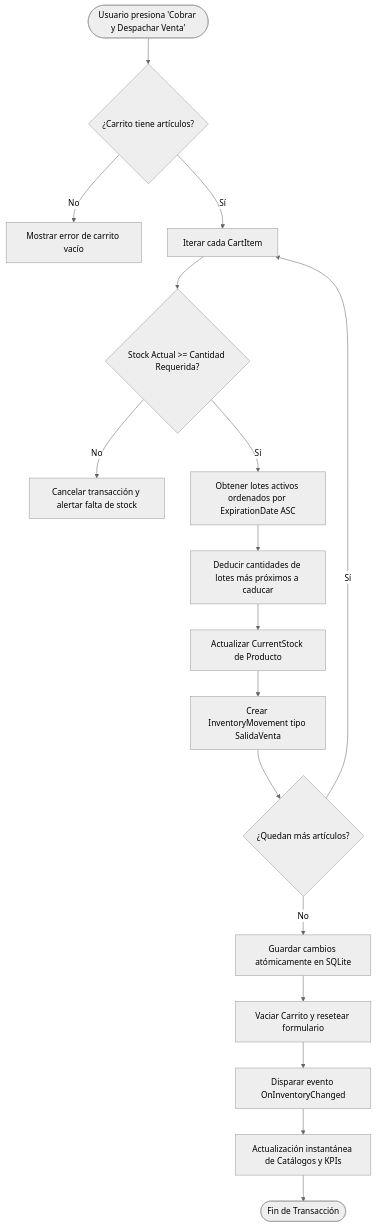
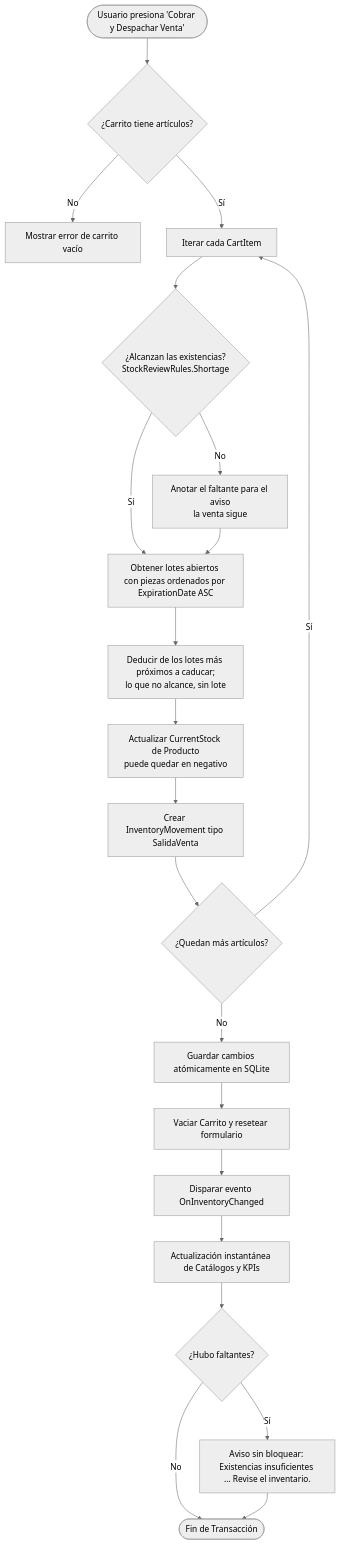
The third of 3 diagrams in docs/ARQUITECTURA_TECNICA.md (Marioalr/TPVC), drawn with Mermaid (neutral theme) before and after one commit. The commit also changed other lines of this file and 5 other files, not shown here.

First line of the commit message:
docs: el inventario nunca impide cobrar y las correcciones de reglas (contrato 20)

````diff
--- a/docs/ARQUITECTURA_TECNICA.md
+++ b/docs/ARQUITECTURA_TECNICA.md
@@ -111,19 +111,23 @@
 ```mermaid
 flowchart TD
     Start([Usuario presiona 'Cobrar y Despachar Venta']) --> ValidateCart{¿Carrito tiene artículos?}
     ValidateCart -- No --> ShowEmptyError[Mostrar error de carrito vacío]
     ValidateCart -- Sí --> IterateItems[Iterar cada CartItem]
-    IterateItems --> CheckStock{Stock Actual >= Cantidad Requerida?}
-    CheckStock -- No --> AbortSale[Cancelar transacción y alertar falta de stock]
-    CheckStock -- Sí --> GetBatches[Obtener lotes activos ordenados por ExpirationDate ASC]
-    GetBatches --> DeductFEFO[Deducir cantidades de lotes más próximos a caducar]
-    DeductFEFO --> UpdateStock[Actualizar CurrentStock de Producto]
+    IterateItems --> CheckStock{¿Alcanzan las existencias?<br/>StockReviewRules.Shortage}
+    CheckStock -- No --> NoteShortage[Anotar el faltante para el aviso<br/>la venta sigue]
+    CheckStock -- Sí --> GetBatches
+    NoteShortage --> GetBatches[Obtener lotes abiertos con piezas ordenados por ExpirationDate ASC]
+    GetBatches --> DeductFEFO[Deducir de los lotes más próximos a caducar;<br/>lo que no alcance, sin lote]
+    DeductFEFO --> UpdateStock[Actualizar CurrentStock de Producto<br/>puede quedar en negativo]
     UpdateStock --> CreateMovement[Crear InventoryMovement tipo SalidaVenta]
     CreateMovement --> MoreItems{¿Quedan más artículos?}
     MoreItems -- Sí --> IterateItems
     MoreItems -- No --> SaveDB[Guardar cambios atómicamente en SQLite]
     SaveDB --> ClearCart[Vaciar Carrito y resetear formulario]
     ClearCart --> FireEvent[Disparar evento OnInventoryChanged]
     FireEvent --> RefreshViews[Actualización instantánea de Catálogos y KPIs]
-    RefreshViews --> End([Fin de Transacción])
+    RefreshViews --> Warn{¿Hubo faltantes?}
+    Warn -- Sí --> ShowWarning[Aviso sin bloquear: Existencias insuficientes … Revise el inventario.]
+    Warn -- No --> End([Fin de Transacción])
+    ShowWarning --> End
 ```
````
